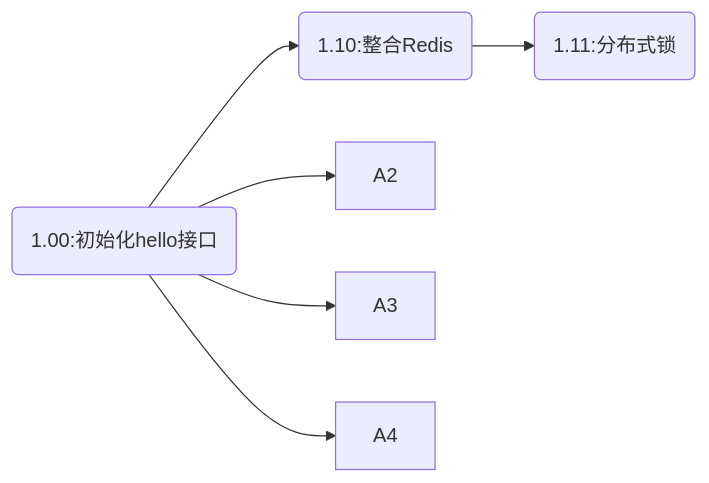
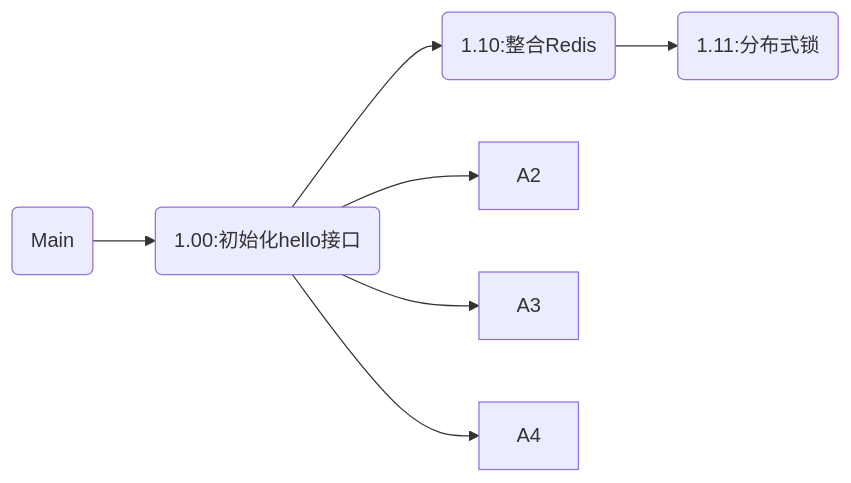
Before and after one commit to moyifengxue/simple_functions: the diagram in README.md, drawn with Mermaid.

Commit message:
Main分支指向1.0.0

````diff
--- a/README.md
+++ b/README.md
@@ -20,8 +20,9 @@
 ```mermaid
 graph LR;
 A(1.00:初始化hello接口)-->A1;
 A(1.00:初始化hello接口)-->A2;
 A(1.00:初始化hello接口)-->A3;
 A(1.00:初始化hello接口)-->A4;
 A1(1.10:整合Redis)-->A11(1.11:分布式锁);
+B(Main)-->A
 ```
````
